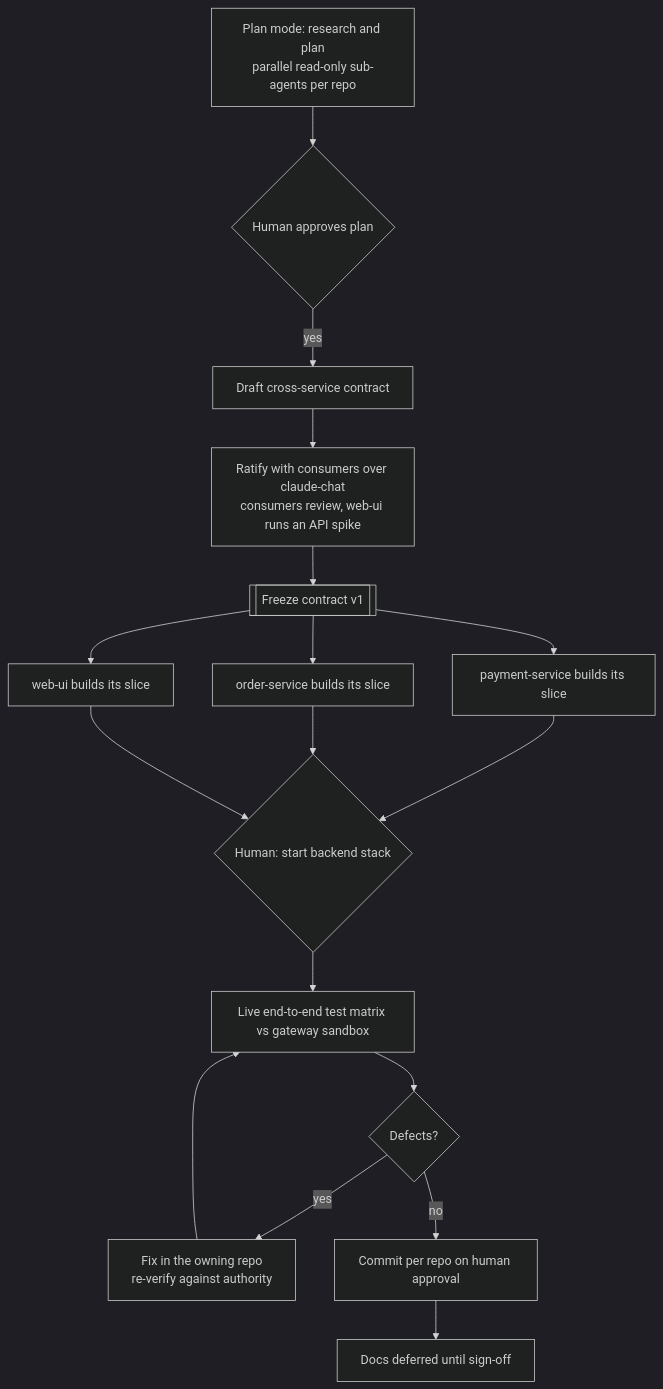
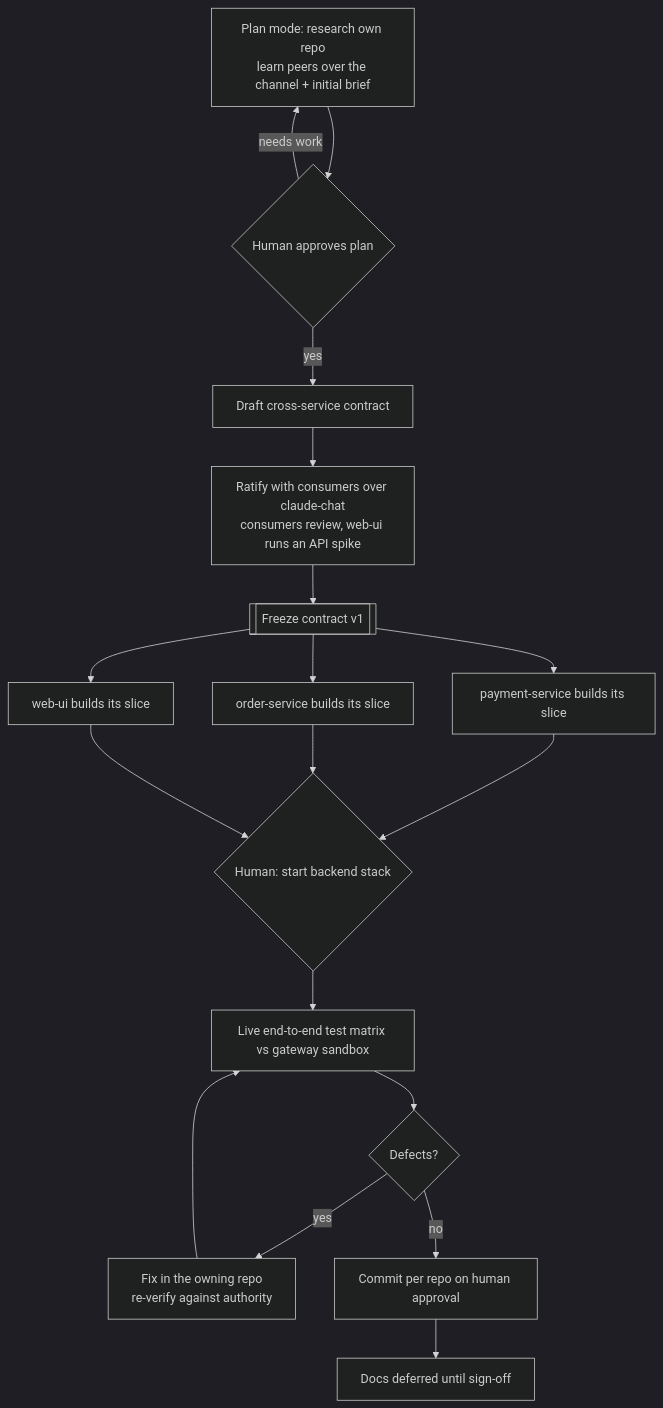
The second of 6 diagrams in _posts/2026-06-18-three-claude-code-instances-one-feature.md (vikrantjain/vikrantjain.github.io), drawn with Mermaid (dark theme) before and after one commit. The commit also changed other lines of this file, not shown here.

````diff
--- a/_posts/2026-06-18-three-claude-code-instances-one-feature.md
+++ b/_posts/2026-06-18-three-claude-code-instances-one-feature.md
@@ -90,19 +91,20 @@
 ```mermaid
 flowchart TD
-    A[Plan mode: research and plan<br/>parallel read-only sub-agents per repo] --> B{Human approves plan}
+    A[Plan mode: research own repo<br/>learn peers over the channel + initial brief] --> B{Human approves plan}
     B -->|yes| C[Draft cross-service contract]
+    B -->|needs work| A
     C --> D[Ratify with consumers over claude-chat<br/>consumers review, web-ui runs an API spike]
     D --> E[[Freeze contract v1]]
     E --> F1[payment-service builds its slice]
     E --> F2[order-service builds its slice]
     E --> F3[web-ui builds its slice]
     F1 --> G{Human: start backend stack}
     F2 --> G
     F3 --> G
     G --> H[Live end-to-end test matrix vs gateway sandbox]
     H --> I{Defects?}
     I -->|yes| J[Fix in the owning repo<br/>re-verify against authority]
     J --> H
     I -->|no| K[Commit per repo on human approval]
     K --> L[Docs deferred until sign-off]
 ```
````
